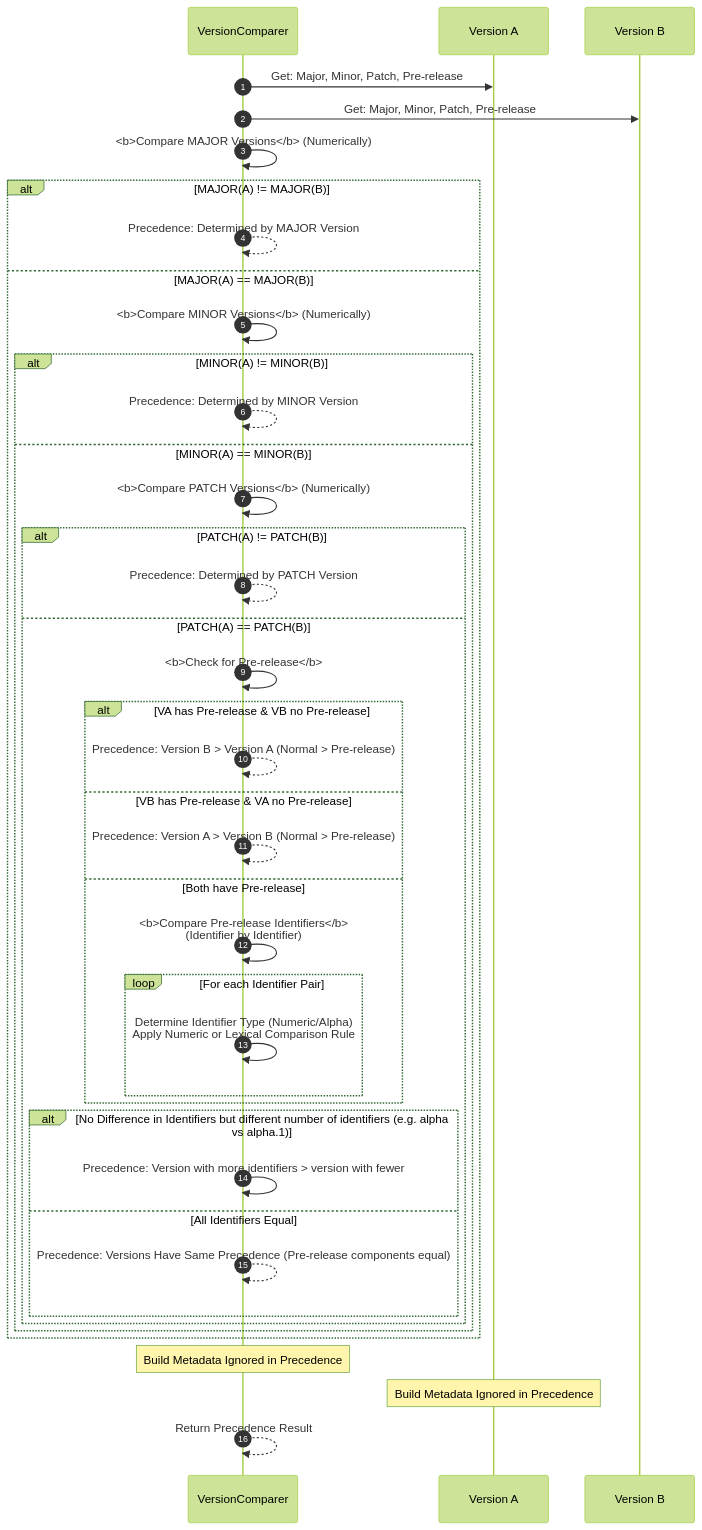
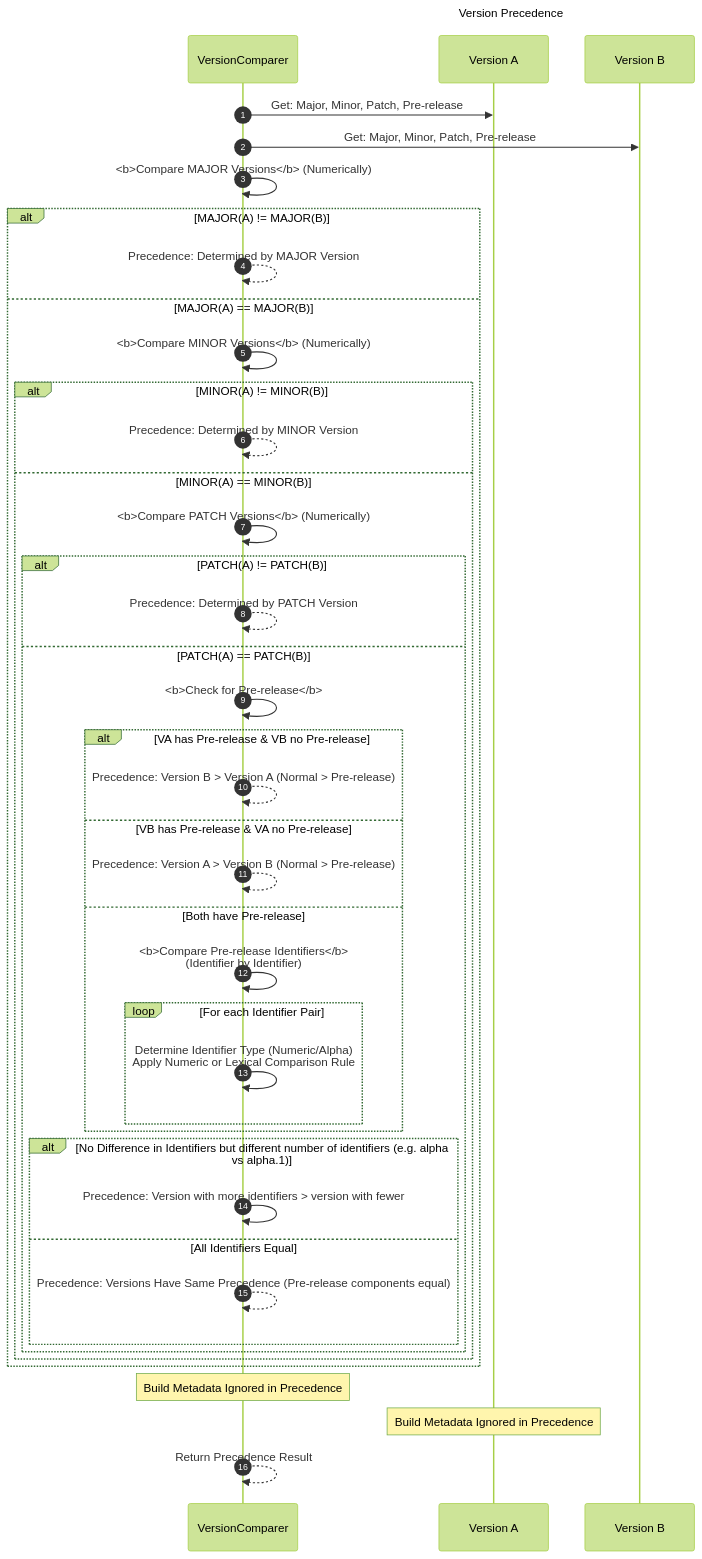
The third of 5 diagrams in Semantic_Versioning/Semantic_Versioning_2_in_Mermaid_V2.md (CongLeSolutionX/iOS-development-vault), drawn with Mermaid before and after one commit. The commit also changed other lines of this file and 6 other files, not shown here.

````diff
--- a/Semantic_Versioning/Semantic_Versioning_2_in_Mermaid_V2.md
+++ b/Semantic_Versioning/Semantic_Versioning_2_in_Mermaid_V2.md
@@ -183,60 +184,60 @@
 ```mermaid
 ---
+title: Version Precedence
 config:
-  layout: elk
   look: handDrawn
   theme: forest
 ---
 sequenceDiagram
     autonumber
     participant VC as VersionComparer
     participant VA as Version A
     participant VB as Version B
 
     VC->>VA: Get: Major, Minor, Patch, Pre-release
     VC->>VB: Get: Major, Minor, Patch, Pre-release
 
     VC->>VC: <b>Compare MAJOR Versions</b> (Numerically)
     alt MAJOR(A) != MAJOR(B)
         VC-->>VC: Precedence: Determined by MAJOR Version
     else MAJOR(A) == MAJOR(B)
         VC->>VC: <b>Compare MINOR Versions</b> (Numerically)
         alt MINOR(A) != MINOR(B)
             VC-->>VC: Precedence: Determined by MINOR Version
         else MINOR(A) == MINOR(B)
             VC->>VC: <b>Compare PATCH Versions</b> (Numerically)
             alt PATCH(A) != PATCH(B)
                 VC-->>VC: Precedence: Determined by PATCH Version
             else PATCH(A) == PATCH(B)
                 VC->>VC: <b>Check for Pre-release</b>
                 alt VA has Pre-release & VB no Pre-release
                     VC-->>VC: Precedence: Version B > Version A (Normal > Pre-release)
                 else VB has Pre-release & VA no Pre-release
                     VC-->>VC: Precedence: Version A > Version B (Normal > Pre-release)
                 else Both have Pre-release
                     VC->>VC: <b>Compare Pre-release Identifiers</b><br>(Identifier by Identifier)
                     loop For each Identifier Pair
                         VC->>VC: Determine Identifier Type (Numeric/Alpha)<br>Apply Numeric or Lexical Comparison Rule
                         %% alt Difference Found
                             %% VC-->>VC: Precedence: Determined by Pre-release Identifier Comparison
                             %% break
                         end
                     end
                     alt No Difference in Identifiers but different number of identifiers (e.g. alpha vs alpha.1)
                         VC->>VC: Precedence: Version with more identifiers > version with fewer
                     else All Identifiers Equal
                         VC-->>VC: Precedence: Versions Have Same Precedence (Pre-release components equal)
                     end
                 %% else Neither has Pre-release
                 %%     VC-->>VC: Precedence: Versions Have Same Precedence (Core versions equal)
                 %% end
             end
         end
     end
     
     Note over VC: Build Metadata Ignored in Precedence
     Note over VA: Build Metadata Ignored in Precedence
     
     VC-->>VC: Return Precedence Result
     
 ```
````
